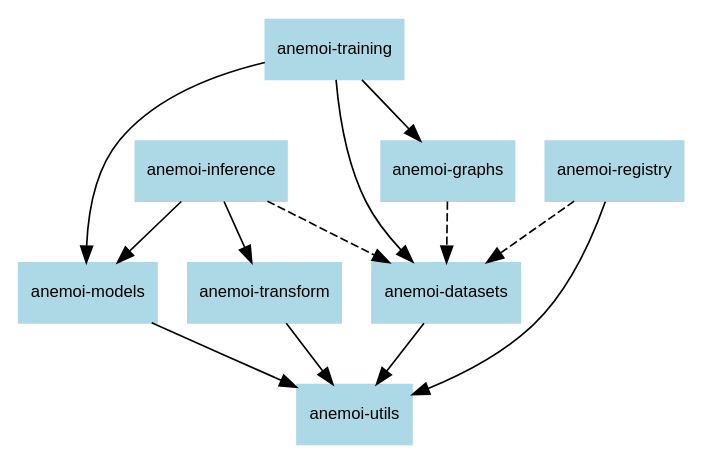
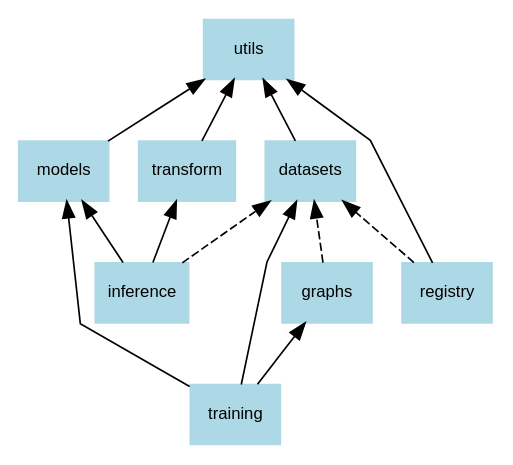
Before and after one commit to ecmwf/anemoi-docs: the diagram in docs/schemas/dependencies.dot, drawn with Graphviz. The commit also changed 4 other files, not shown here.

Commit message:
add dependency graph

```diff
--- a/docs/schemas/dependencies.dot
+++ b/docs/schemas/dependencies.dot
@@ -1,27 +1,39 @@
 digraph {
+
+    rankdir=BT;
+    splines="polyline";
 
     node [shape=record, fontname=Arial, fontsize=10,
         style=filled, color=lightblue];
     edge [fontname=Arial, fontsize=10];
 
+    datasets [URL="https://anemoi-datasets.readthedocs.io/en/latest/"];
+    graphs [URL="https://anemoi-graphs.readthedocs.io/en/latest/"];
+    inference [URL="https://anemoi-inference.readthedocs.io/en/latest/"];
+    models [URL="https://anemoi-models.readthedocs.io/en/latest/"];
+    registry [URL="https://anemoi-registry.readthedocs.io/en/latest/"];
+    training [URL="https://anemoi-training.readthedocs.io/en/latest/"];
+    transform [URL="https://anemoi-transform.readthedocs.io/en/latest/"];
+    utils [URL="https://anemoi-utils.readthedocs.io/en/latest/"];
 
-    "anemoi-datasets" -> "anemoi-utils";
-    "anemoi-graphs" -> "anemoi-datasets" [style=dashed];
-    "anemoi-inference" -> "anemoi-datasets" [style=dashed];
-    "anemoi-inference" -> "anemoi-models";
-    "anemoi-inference" -> "anemoi-transform";
-    "anemoi-models" -> "anemoi-utils";
-    "anemoi-registry" -> "anemoi-datasets" [style=dashed];
-    // "anemoi-registry" -> "anemoi-transform" [style=dashed];
-    "anemoi-registry" -> "anemoi-utils";
-    "anemoi-training" -> "anemoi-datasets";
-    "anemoi-training" -> "anemoi-graphs";
-    "anemoi-transform" -> "anemoi-utils";
-    // "anemoi-graphs" -> "anemoi-utils";
-    // "anemoi-inference" -> "anemoi-utils";
-    "anemoi-training" -> "anemoi-models";
-    // "anemoi-training" -> "anemoi-utils";
-    // "anemoi-web" -> "anemoi-datasets";
-    // "anemoi-web" -> "anemoi-inference";
+
+    datasets -> utils;
+    graphs -> datasets [style=dashed];
+    inference -> datasets [style=dashed];
+    inference -> models;
+    inference -> transform;
+    models -> utils;
+    registry -> datasets [style=dashed];
+    // registry -> transform [style=dashed];
+    registry -> utils;
+    training -> datasets;
+    training -> graphs;
+    transform -> utils;
+    // graphs -> utils;
+    // inference -> utils;
+    training -> models;
+    // training -> utils;
+    // "web" -> datasets;
+    // "web" -> inference;
 
 }
```
